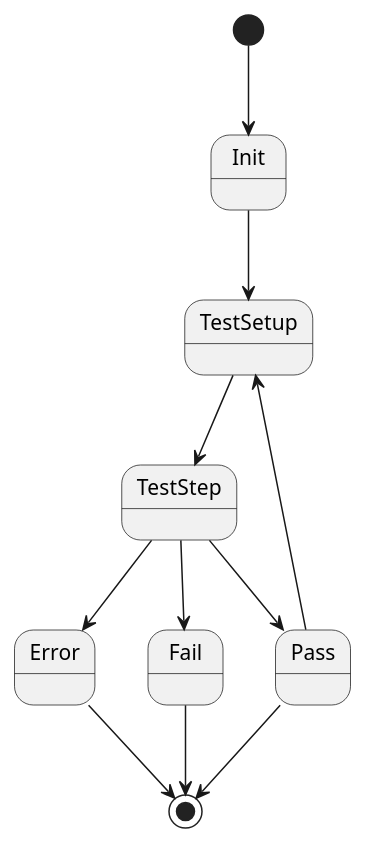
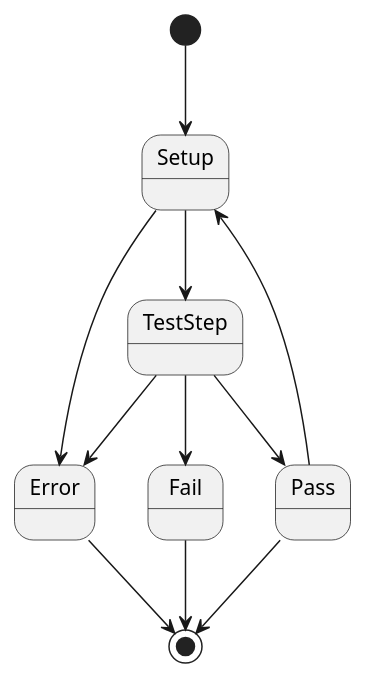
The fourth of 5 diagrams in doc/http-client.adoc (patrickhallinan/hello-proxygen), drawn with PlantUML before and after one commit. The commit also changed other lines of this file, not shown here.

```diff
--- a/doc/http-client.adoc
+++ b/doc/http-client.adoc
@@ -109,17 +165,17 @@
 [plantuml, "state.puml", svg]
 ----
-[*] --> Init
-Init --> TestSetup
-TestSetup --> TestStep
+[*] --> Setup
+Setup --> TestStep
+Setup --> Error
 TestStep --> Error
 TestStep --> Fail
 TestStep --> Pass
 
 'State1 : this is another string
 
-Pass --> TestSetup
+Pass --> Setup
 Pass --> [*]
 Fail --> [*]
 Error --> [*]
 
 ----
```
